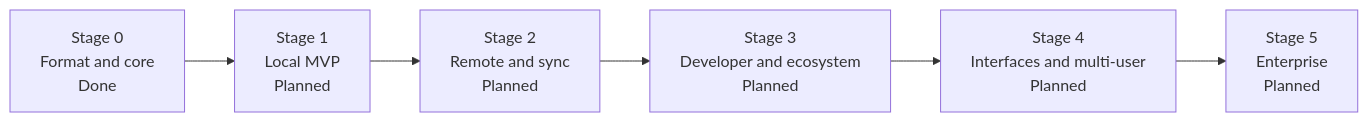
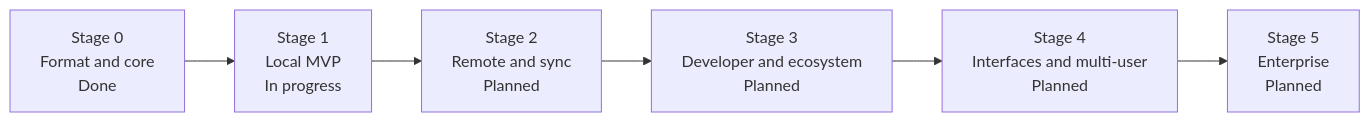
One commit to efe-clk/apeiron changed the diagram in docs/ROADMAP.md. Above: the diagram before and after it, drawn with Mermaid. The commit also changed other lines of this file and 18 other files, not shown here.

````diff
--- a/docs/ROADMAP.md
+++ b/docs/ROADMAP.md
@@ -11,10 +11,10 @@
 ```mermaid
 flowchart LR
     S0["Stage 0<br/>Format and core<br/>Done"]
-    S1["Stage 1<br/>Local MVP<br/>Planned"]
+    S1["Stage 1<br/>Local MVP<br/>In progress"]
     S2["Stage 2<br/>Remote and sync<br/>Planned"]
     S3["Stage 3<br/>Developer and ecosystem<br/>Planned"]
     S4["Stage 4<br/>Interfaces and multi-user<br/>Planned"]
     S5["Stage 5<br/>Enterprise<br/>Planned"]
     S0 --> S1 --> S2 --> S3 --> S4 --> S5
 ```
````
